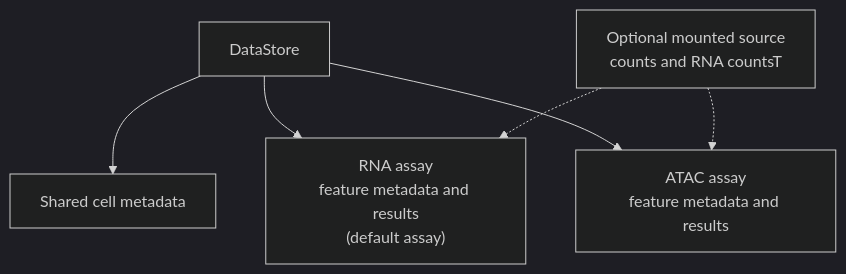
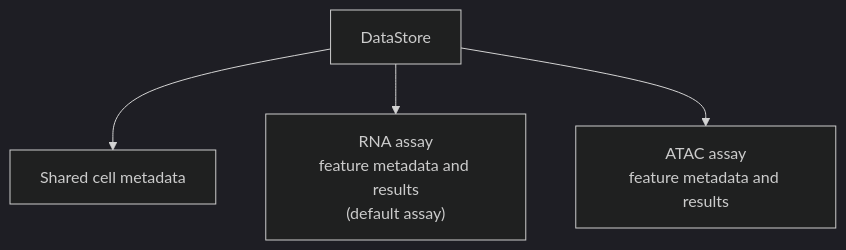
The diagram in docs/source/tutorials/data_organization.md (NygenAnalytics/scarf), drawn with Mermaid (dark theme) before and after one commit. The commit also changed other lines of this file and 144 other files, not shown here.

````diff
--- a/docs/source/tutorials/data_organization.md
+++ b/docs/source/tutorials/data_organization.md
@@ -41,13 +41,10 @@
 ```{mermaid}
 flowchart TB
     ds["DataStore"]
     cells["Shared cell metadata"]
     rna["RNA assay<br/>feature metadata and results<br/>(default assay)"]
     atac["ATAC assay<br/>feature metadata and results"]
-    source["Optional mounted source<br/>counts and RNA countsT"]
     ds --> cells
     ds --> rna
     ds --> atac
-    source -.-> rna
-    source -.-> atac
 ```
````
